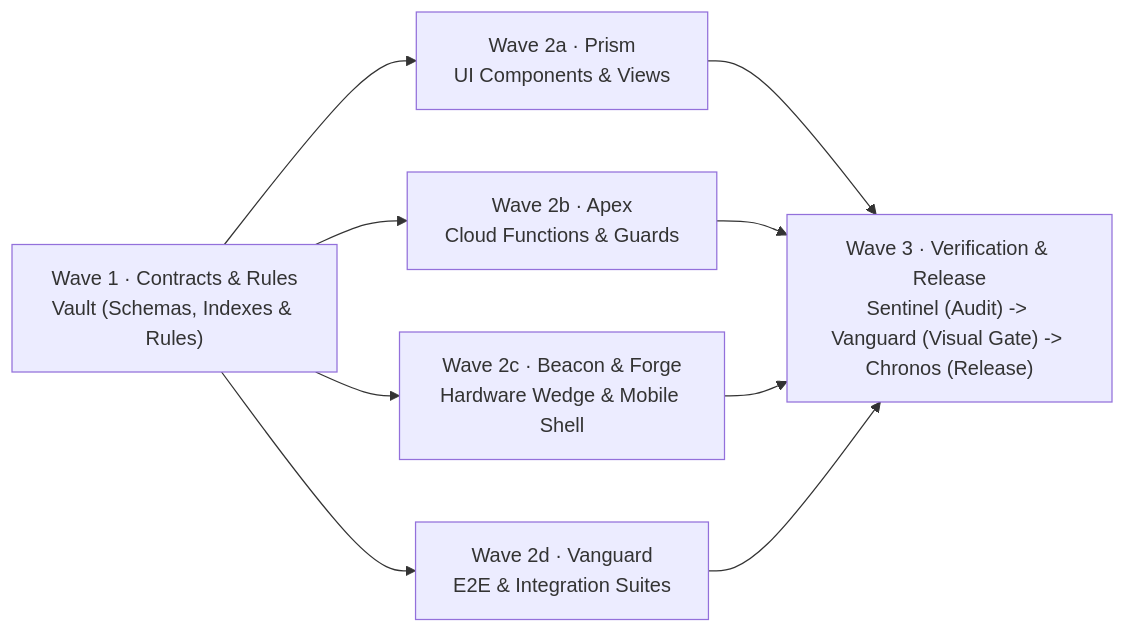
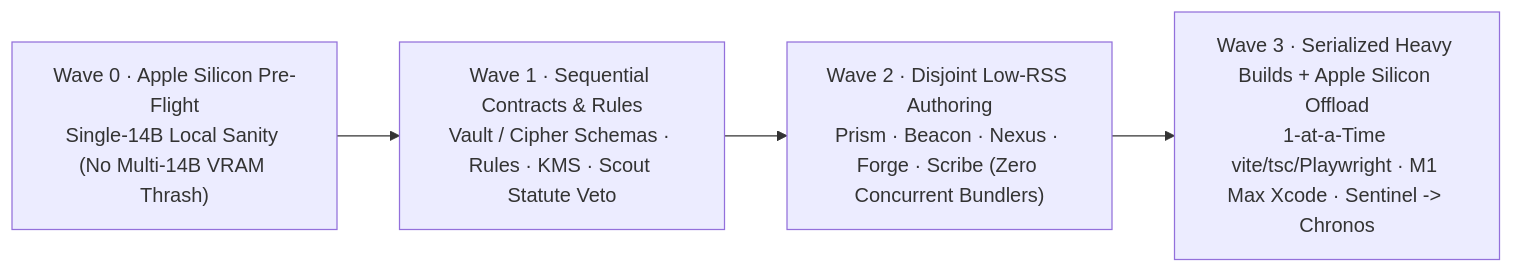
One commit to jhathcock-sys/Public-Showcase changed the first of 2 diagrams in 02_AI-Systems-Architecture/01-The-18-Specialist-Squadron.md. Above: the diagram before and after it, drawn with Mermaid. The commit also changed other lines of this file and 10 other files, not shown here.

Commit message:
docs(showcase): add Deterministic Video Engine chapter & sync Halcyon/DevOps/PTT v0.4.0 architecture

````diff
--- a/02_AI-Systems-Architecture/01-The-18-Specialist-Squadron.md
+++ b/02_AI-Systems-Architecture/01-The-18-Specialist-Squadron.md
@@ -194,11 +192,6 @@
 ```mermaid
 flowchart LR
-    W1["Wave 1 · Contracts & Rules\nVault (Schemas, Indexes & Rules)"] --> W2A["Wave 2a · Prism\nUI Components & Views"]
-    W1 --> W2B["Wave 2b · Apex\nCloud Functions & Guards"]
-    W1 --> W2C["Wave 2c · Beacon & Forge\nHardware Wedge & Mobile Shell"]
-    W1 --> W2D["Wave 2d · Vanguard\nE2E & Integration Suites"]
-    W2A --> W3["Wave 3 · Verification & Release\nSentinel (Audit) -> Vanguard (Visual Gate) -> Chronos (Release)"]
-    W2B --> W3
-    W2C --> W3
-    W2D --> W3
+    W0["Wave 0 · Apple Silicon Pre-Flight\nSingle-14B Local Sanity (No Multi-14B VRAM Thrash)"] --> W1["Wave 1 · Sequential Contracts & Rules\nVault / Cipher Schemas · Rules · KMS · Scout Statute Veto"]
+    W1 --> W2["Wave 2 · Disjoint Low-RSS Authoring\nPrism · Beacon · Nexus · Forge · Scribe (Zero Concurrent Bundlers)"]
+    W2 --> W3["Wave 3 · Serialized Heavy Builds + Apple Silicon Offload\n1-at-a-Time vite/tsc/Playwright · M1 Max Xcode · Sentinel -> Chronos"]
 ```
````
